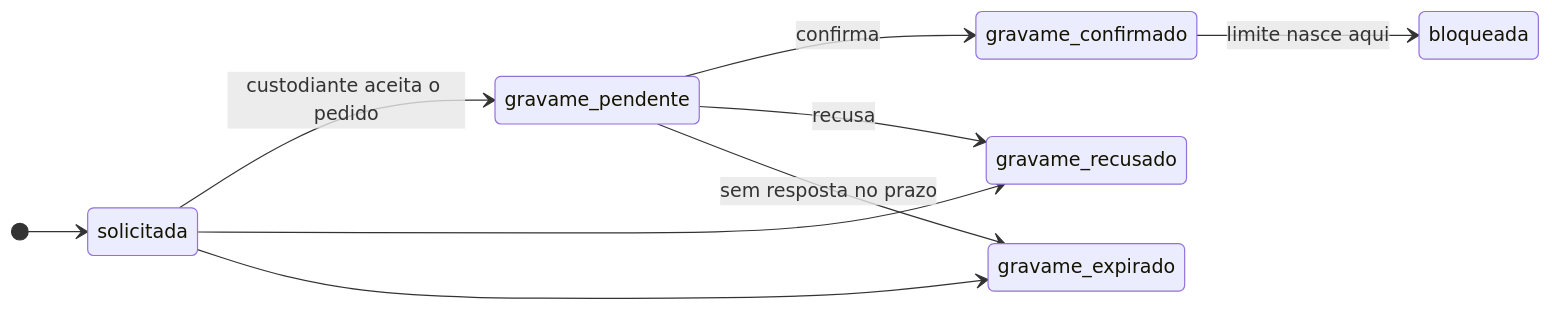
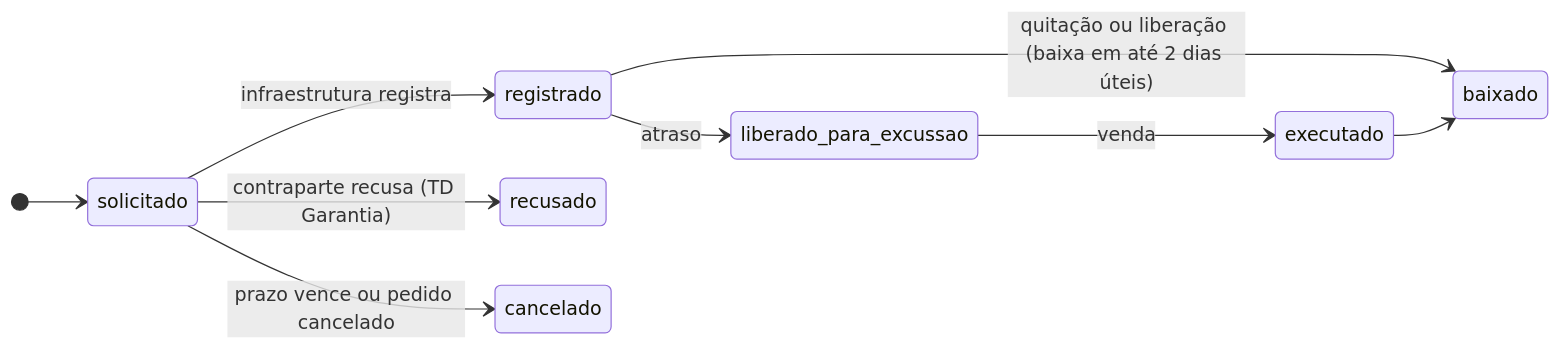
The second of 2 diagrams in README.md (EnzoRenato16/limite-garantido-api), drawn with Mermaid before and after one commit. The commit also changed other lines of this file and 23 other files, not shown here.

````diff
--- a/README.md
+++ b/README.md
@@ -59,12 +78,12 @@
 ```mermaid
 stateDiagram-v2
     direction LR
-    [*] --> solicitada
-    solicitada --> gravame_pendente: custodiante aceita o pedido
-    gravame_pendente --> gravame_confirmado: confirma
-    gravame_confirmado --> bloqueada: limite nasce aqui
-    solicitada --> gravame_recusado
-    gravame_pendente --> gravame_recusado: recusa
-    solicitada --> gravame_expirado
-    gravame_pendente --> gravame_expirado: sem resposta no prazo
+    [*] --> solicitado
+    solicitado --> registrado: infraestrutura registra
+    solicitado --> recusado: contraparte recusa (TD Garantia)
+    solicitado --> cancelado: prazo vence ou pedido cancelado
+    registrado --> baixado: quitação ou liberação (baixa em até 2 dias úteis)
+    registrado --> liberado_para_excussao: atraso
+    liberado_para_excussao --> executado: venda
+    executado --> baixado
 ```
````
